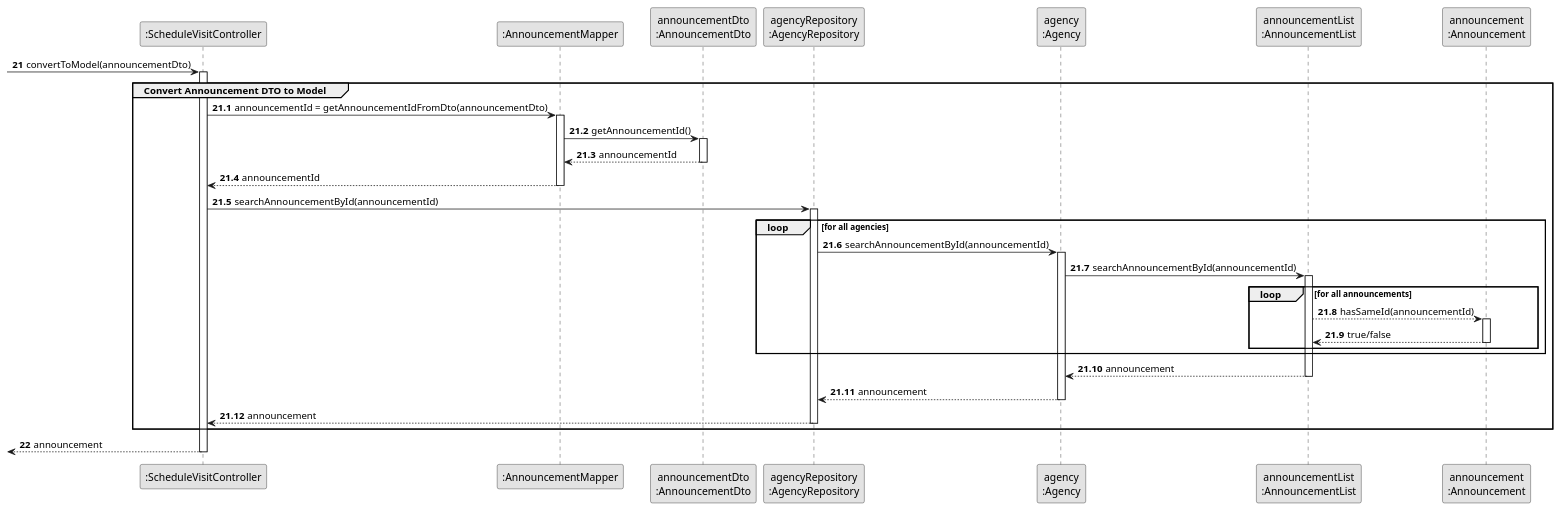
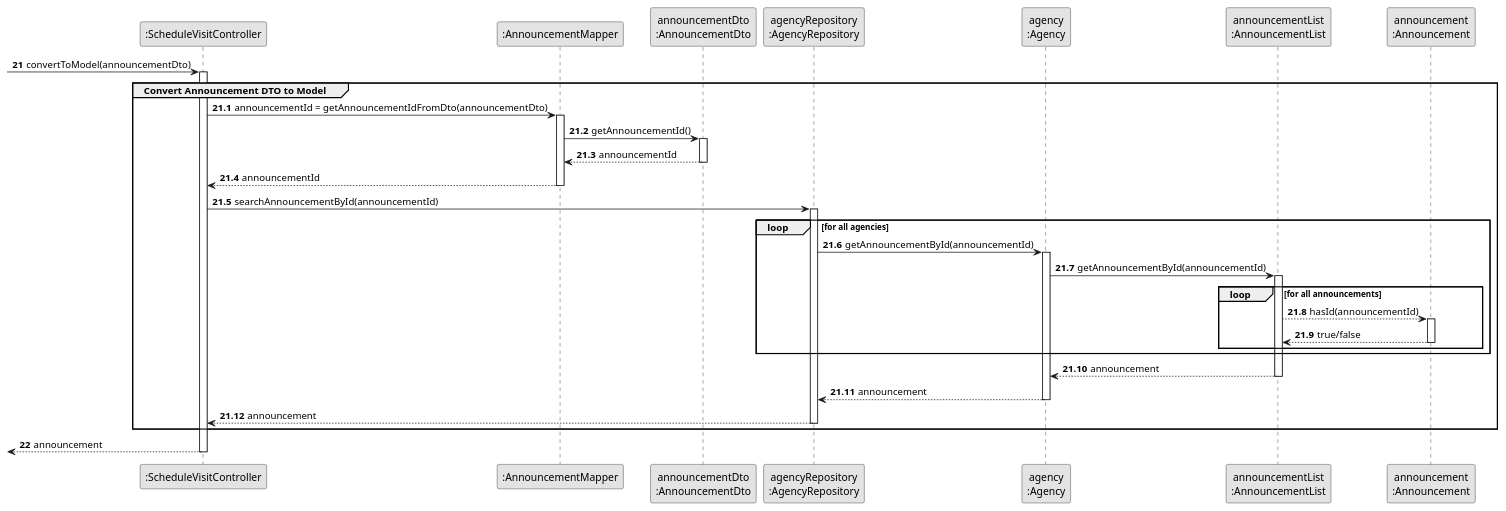
One commit to rita-barbosa/LAPR2-2223 changed the diagram in docs/sprintC/us009/03.design/puml/us009-sequence-diagram-partial-convert-announcement-DTO-to-Model.puml. Above: the diagram before and after it, drawn with PlantUML.

Commit message:
Convert DTO to Model Partial SD update [US009] [Design]

```diff
--- a/docs/sprintC/us009/03.design/puml/us009-sequence-diagram-partial-convert-announcement-DTO-to-Model.puml
+++ b/docs/sprintC/us009/03.design/puml/us009-sequence-diagram-partial-convert-announcement-DTO-to-Model.puml
@@ -1,79 +1,79 @@
 @startuml
 skinparam monochrome true
 skinparam packageStyle rectangle
 skinparam shadowing false
 
 
 participant ":ScheduleVisitController" as CTRL
 participant ":AnnouncementMapper" as MAPPER
 participant "announcementDto\n:AnnouncementDto" as ANCDTO
 participant "agencyRepository\n:AgencyRepository" as AgencyRepository
 participant "agency\n:Agency" as AGC
 participant "announcementList\n:AnnouncementList" as LISTCLASS
 participant "announcement\n:Announcement" as ANNOUNCE
 
 
 autonumber 21
 
  -> CTRL : convertToModel(announcementDto)
 
 activate CTRL
 
     autonumber 21.1
 
     group Convert Announcement DTO to Model
 
         CTRL -> MAPPER : announcementId = getAnnouncementIdFromDto(announcementDto)
         activate MAPPER
 
         MAPPER -> ANCDTO : getAnnouncementId()
         activate ANCDTO
 
             ANCDTO --> MAPPER : announcementId
         deactivate ANCDTO
 
             MAPPER --> CTRL : announcementId
         deactivate MAPPER
 
         CTRL -> AgencyRepository : searchAnnouncementById(announcementId)
         activate AgencyRepository
 
         loop for all agencies
 
-            AgencyRepository -> AGC : searchAnnouncementById(announcementId)
+            AgencyRepository -> AGC : getAnnouncementById(announcementId)
             activate AGC
 
-                AGC -> LISTCLASS : searchAnnouncementById(announcementId)
+                AGC -> LISTCLASS : getAnnouncementById(announcementId)
 
                 loop for all announcements
 
                     activate LISTCLASS
 
-                    LISTCLASS --> ANNOUNCE : hasSameId(announcementId)
+                    LISTCLASS --> ANNOUNCE : hasId(announcementId)
 
                     activate ANNOUNCE
 
                         ANNOUNCE --> LISTCLASS : true/false
                     deactivate ANNOUNCE
 
                 end loop
 
         end loop
 
             LISTCLASS --> AGC : announcement
         deactivate LISTCLASS
 
             AGC --> AgencyRepository : announcement
         deactivate AGC
 
             AgencyRepository --> CTRL : announcement
         deactivate AgencyRepository
 
     end group
 
     autonumber 22
 
     <-- CTRL  : announcement
 deactivate CTRL
 
 @enduml
```
